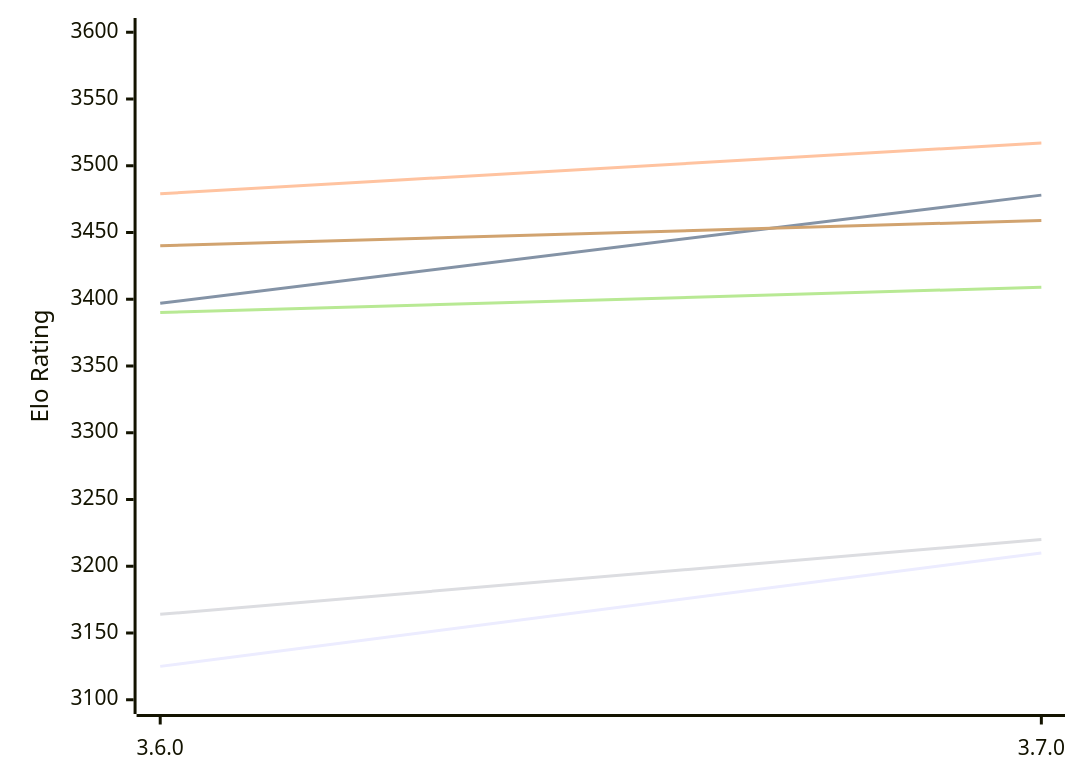
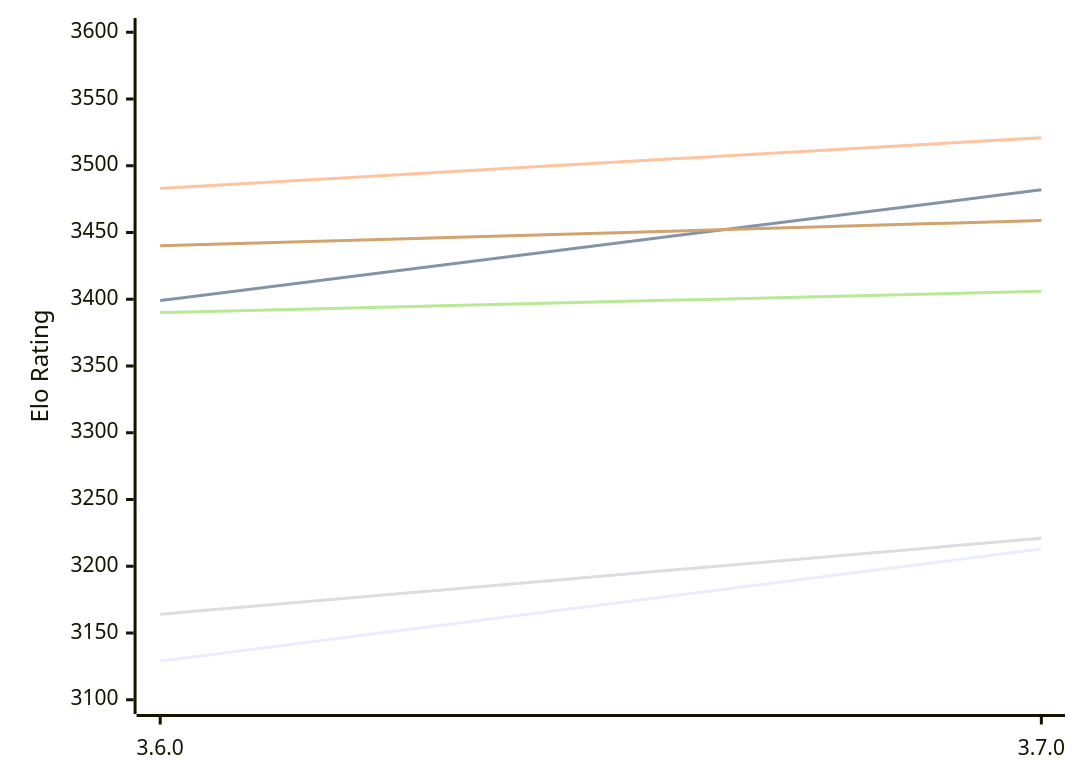
One commit to computer-chess-index/cci changed the diagram in engines/Simplechess.md. Above: the diagram before and after it, drawn with Mermaid. The commit also changed other lines of this file, not shown here.

Commit message:
Update CCI Ratings (ELO VLTC) - 2026-11-22

````diff
--- a/engines/Simplechess.md
+++ b/engines/Simplechess.md
@@ -49,12 +49,12 @@
 ```mermaid
 %%{init: {"theme":"base","themeVariables":{"seriesColors:['#a3a3a3','#222221','#faa371']}}}%%
 xychart-beta
   x-axis ["3.6.0", "3.7.0"]
   y-axis "Elo Rating" 3100 --> 3600
-  line "E1: STC (8.0+0.08s)" [3125, 3210]
-  line "E1: LTC (60.0+0.60s)" [3397, 3478]
-  line "E1: VLTC (2m24s+1.12s)" [3479, 3517]
-  line "P1: STC (8.0+0.08s)" [3164, 3220]
-  line "P1: LTC (60.0+0.60s)" [3390, 3409]
+  line "E1: STC (8.0+0.08s)" [3129, 3213]
+  line "E1: LTC (60.0+0.60s)" [3399, 3482]
+  line "E1: VLTC (2m24s+1.12s)" [3483, 3521]
+  line "P1: STC (8.0+0.08s)" [3164, 3221]
+  line "P1: LTC (60.0+0.60s)" [3390, 3406]
   line "P1: VLTC (2m24s+1.12s)" [3440, 3459]
 ```
````
